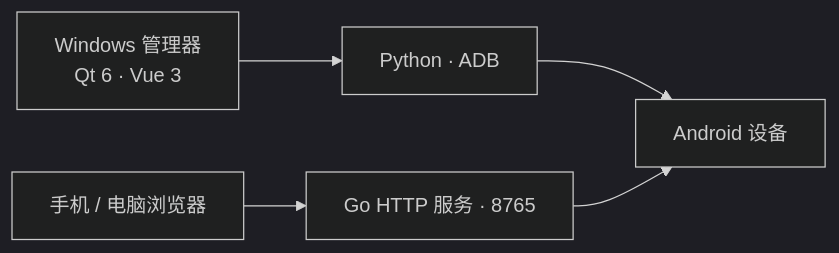
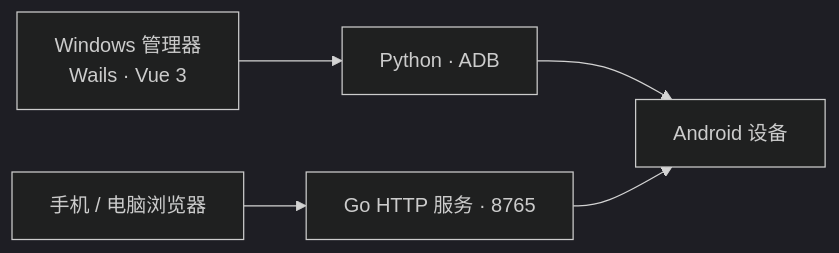
Before and after one commit to nljie1103/u30air-web-console: the diagram in README.md, drawn with Mermaid (dark theme). The commit also changed other lines of this file and 33 other files, not shown here.

Commit message:
2.5.3：轻量化Windows客户端并完善Android应用图标识别

````diff
--- a/README.md
+++ b/README.md
@@ -144,7 +146,7 @@
 ```mermaid
 flowchart LR
-    A["Windows 管理器<br/>Qt 6 · Vue 3"] --> B["Python · ADB"]
+    A["Windows 管理器<br/>Wails · Vue 3"] --> B["Python · ADB"]
     B --> C["Android 设备"]
     D["手机 / 电脑浏览器"] --> E["Go HTTP 服务 · 8765"]
     E --> C
 ```
````
